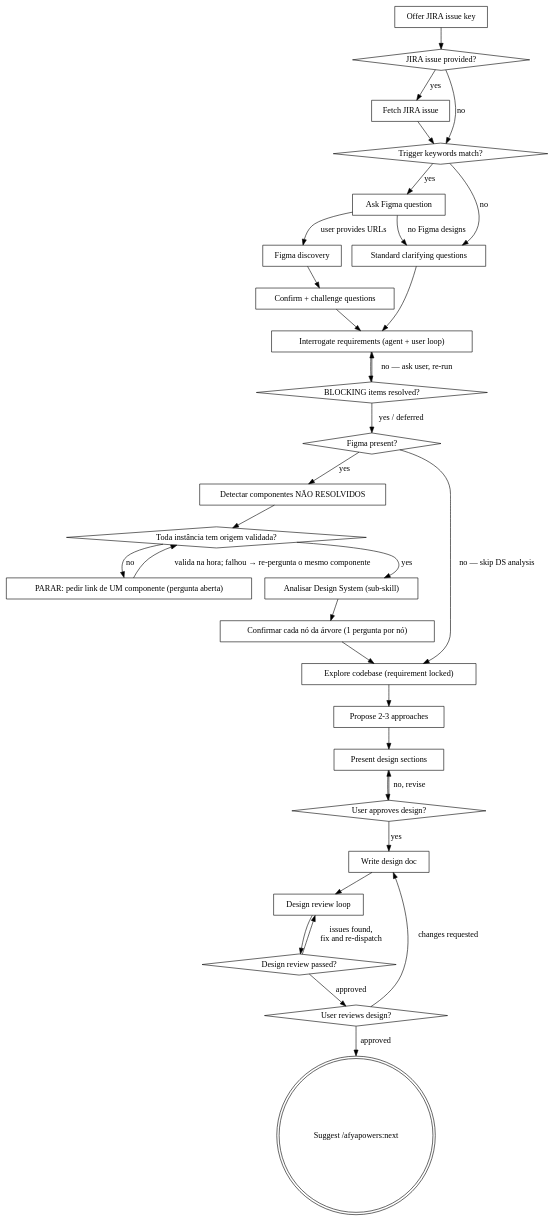
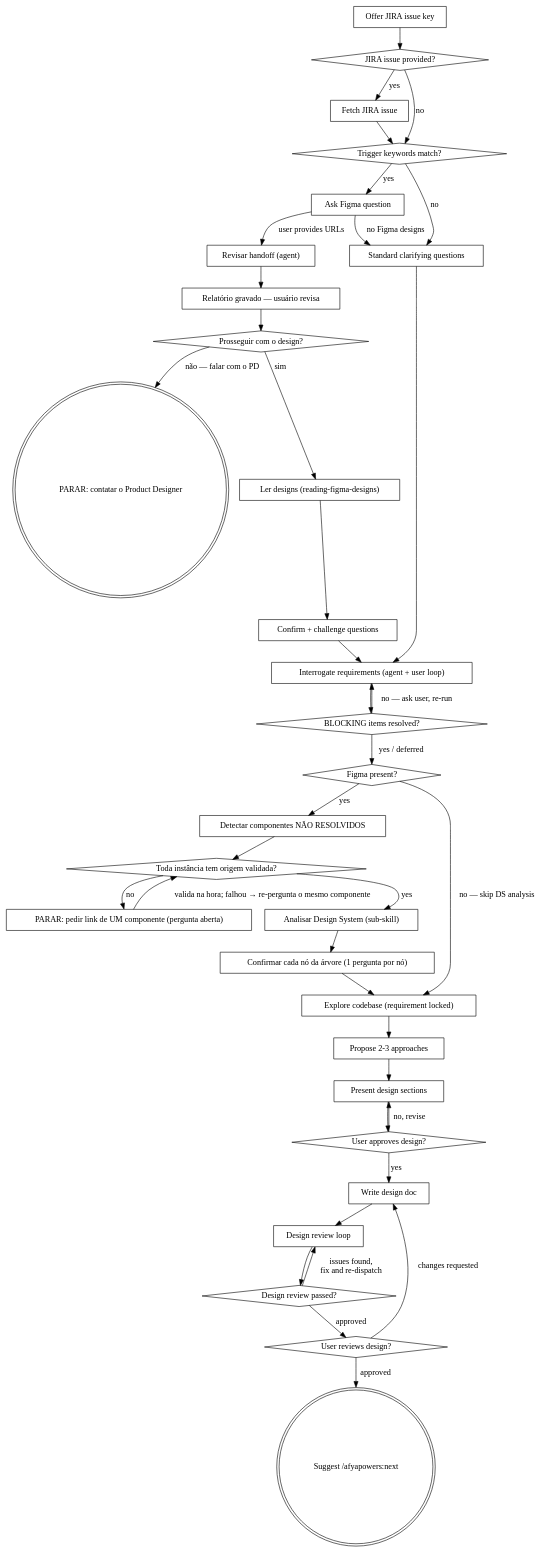
One commit to iclinic/afyapowers changed the diagram in dist/claude/skills/design/SKILL.md. Above: the diagram before and after it, drawn with Graphviz. The commit also changed other lines of this file and 46 other files, not shown here.

````diff
--- a/dist/claude/skills/design/SKILL.md
+++ b/dist/claude/skills/design/SKILL.md
@@ -60,63 +62,71 @@
 ```dot
 digraph design {
     "Offer JIRA issue key" [shape=box];
     "JIRA issue provided?" [shape=diamond];
     "Fetch JIRA issue" [shape=box];
     "Trigger keywords match?" [shape=diamond];
     "Ask Figma question" [shape=box];
-    "Figma discovery" [shape=box];
+    "Revisar handoff (agent)" [shape=box];
+    "Relatório gravado — usuário revisa" [shape=box];
+    "Prosseguir com o design?" [shape=diamond];
+    "PARAR: contatar o Product Designer" [shape=doublecircle];
+    "Ler designs (reading-figma-designs)" [shape=box];
     "Confirm + challenge questions" [shape=box];
     "Standard clarifying questions" [shape=box];
     "Interrogate requirements (agent + user loop)" [shape=box];
     "BLOCKING items resolved?" [shape=diamond];
     "Figma present?" [shape=diamond];
     "Detectar componentes NÃO RESOLVIDOS" [shape=box];
     "Toda instância tem origem validada?" [shape=diamond];
     "PARAR: pedir link de UM componente (pergunta aberta)" [shape=box];
     "Analisar Design System (sub-skill)" [shape=box];
     "Confirmar cada nó da árvore (1 pergunta por nó)" [shape=box];
     "Explore codebase (requirement locked)" [shape=box];
     "Propose 2-3 approaches" [shape=box];
     "Present design sections" [shape=box];
     "User approves design?" [shape=diamond];
     "Write design doc" [shape=box];
     "Design review loop" [shape=box];
     "Design review passed?" [shape=diamond];
     "User reviews design?" [shape=diamond];
     "Suggest /afyapowers:next" [shape=doublecircle];
 
     "Offer JIRA issue key" -> "JIRA issue provided?";
     "JIRA issue provided?" -> "Fetch JIRA issue" [label="yes"];
     "JIRA issue provided?" -> "Trigger keywords match?" [label="no"];
     "Fetch JIRA issue" -> "Trigger keywords match?";
     "Trigger keywords match?" -> "Ask Figma question" [label="yes"];
     "Trigger keywords match?" -> "Standard clarifying questions" [label="no"];
-    "Ask Figma question" -> "Figma discovery" [label="user provides URLs"];
+    "Ask Figma question" -> "Revisar handoff (agent)" [label="user provides URLs"];
     "Ask Figma question" -> "Standard clarifying questions" [label="no Figma designs"];
-    "Figma discovery" -> "Confirm + challenge questions";
+    "Revisar handoff (agent)" -> "Relatório gravado — usuário revisa";
+    "Relatório gravado — usuário revisa" -> "Prosseguir com o design?";
+    "Prosseguir com o design?" -> "PARAR: contatar o Product Designer" [label="não — falar com o PD"];
+    "Prosseguir com o design?" -> "Ler designs (reading-figma-designs)" [label="sim"];
+    "Ler designs (reading-figma-designs)" -> "Confirm + challenge questions";
     "Confirm + challenge questions" -> "Interrogate requirements (agent + user loop)";
     "Standard clarifying questions" -> "Interrogate requirements (agent + user loop)";
     "Interrogate requirements (agent + user loop)" -> "BLOCKING items resolved?";
     "BLOCKING items resolved?" -> "Interrogate requirements (agent + user loop)" [label="no — ask user, re-run"];
     "BLOCKING items resolved?" -> "Figma present?" [label="yes / deferred"];
     "Figma present?" -> "Detectar componentes NÃO RESOLVIDOS" [label="yes"];
     "Figma present?" -> "Explore codebase (requirement locked)" [label="no — skip DS analysis"];
     "Detectar componentes NÃO RESOLVIDOS" -> "Toda instância tem origem validada?";
     "Toda instância tem origem validada?" -> "PARAR: pedir link de UM componente (pergunta aberta)" [label="no"];
     "PARAR: pedir link de UM componente (pergunta aberta)" -> "Toda instância tem origem validada?" [label="valida na hora; falhou → re-pergunta o mesmo componente"];
     "Toda instância tem origem validada?" -> "Analisar Design System (sub-skill)" [label="yes"];
     "Analisar Design System (sub-skill)" -> "Confirmar cada nó da árvore (1 pergunta por nó)";
     "Confirmar cada nó da árvore (1 pergunta por nó)" -> "Explore codebase (requirement locked)";
     "Explore codebase (requirement locked)" -> "Propose 2-3 approaches";
     "Propose 2-3 approaches" -> "Present design sections";
     "Present design sections" -> "User approves design?";
     "User approves design?" -> "Present design sections" [label="no, revise"];
     "User approves design?" -> "Write design doc" [label="yes"];
     "Write design doc" -> "Design review loop";
     "Design review loop" -> "Design review passed?";
     "Design review passed?" -> "Design review loop" [label="issues found,\nfix and re-dispatch"];
     "Design review passed?" -> "User reviews design?" [label="approved"];
     "User reviews design?" -> "Write design doc" [label="changes requested"];
     "User reviews design?" -> "Suggest /afyapowers:next" [label="approved"];
 }
 ```
````
